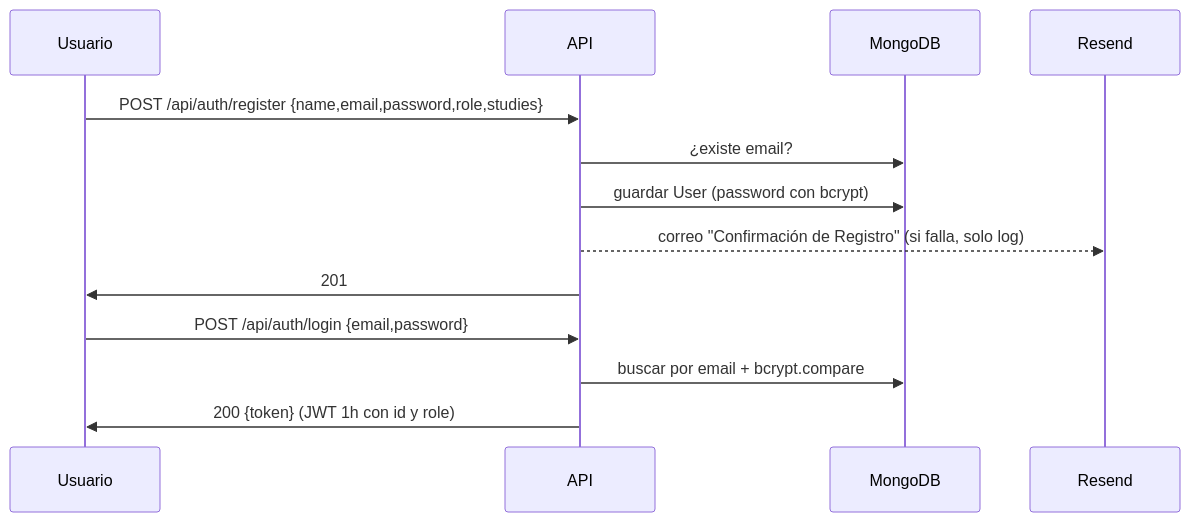
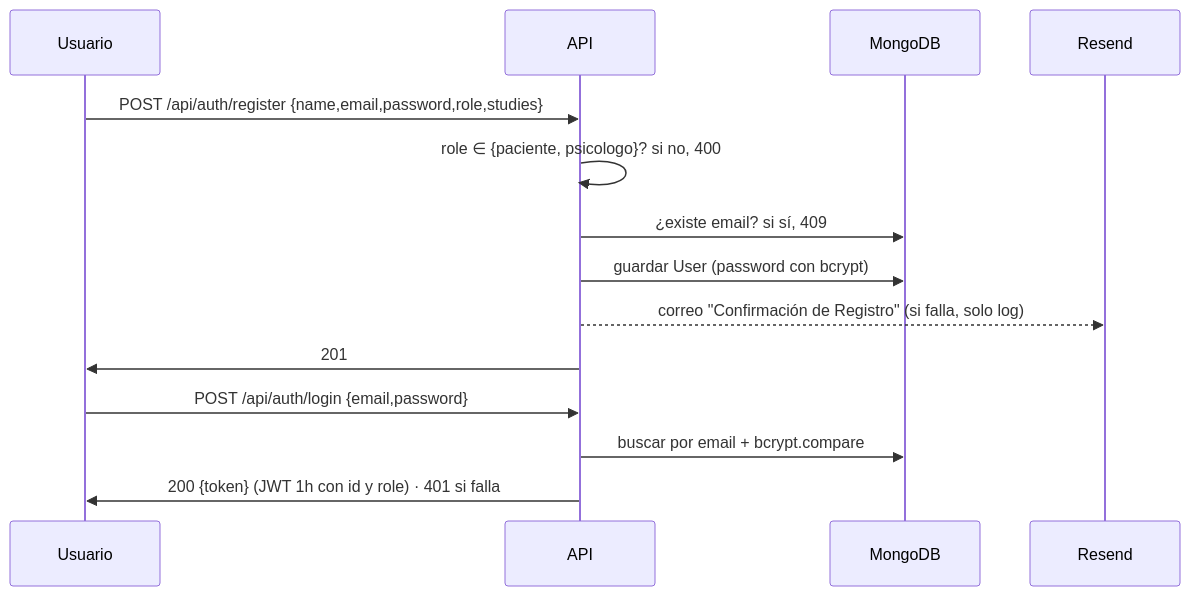
One commit to raug09/Magicamente changed the first of 2 diagrams in docs/04-flujos.md. Above: the diagram before and after it, drawn with Mermaid. The commit also changed other lines of this file and 7 other files, not shown here.

````diff
--- a/docs/04-flujos.md
+++ b/docs/04-flujos.md
@@ -5,15 +5,16 @@
 ```mermaid
 sequenceDiagram
   participant U as Usuario
   participant API
   participant DB as MongoDB
   participant R as Resend
   U->>API: POST /api/auth/register {name,email,password,role,studies}
-  API->>DB: ¿existe email?
+  API->>API: role ∈ {paciente, psicologo}? si no, 400
+  API->>DB: ¿existe email? si sí, 409
   API->>DB: guardar User (password con bcrypt)
   API-->>R: correo "Confirmación de Registro" (si falla, solo log)
   API->>U: 201
   U->>API: POST /api/auth/login {email,password}
   API->>DB: buscar por email + bcrypt.compare
-  API->>U: 200 {token} (JWT 1h con id y role)
+  API->>U: 200 {token} (JWT 1h con id y role) · 401 si falla
 ```
````
